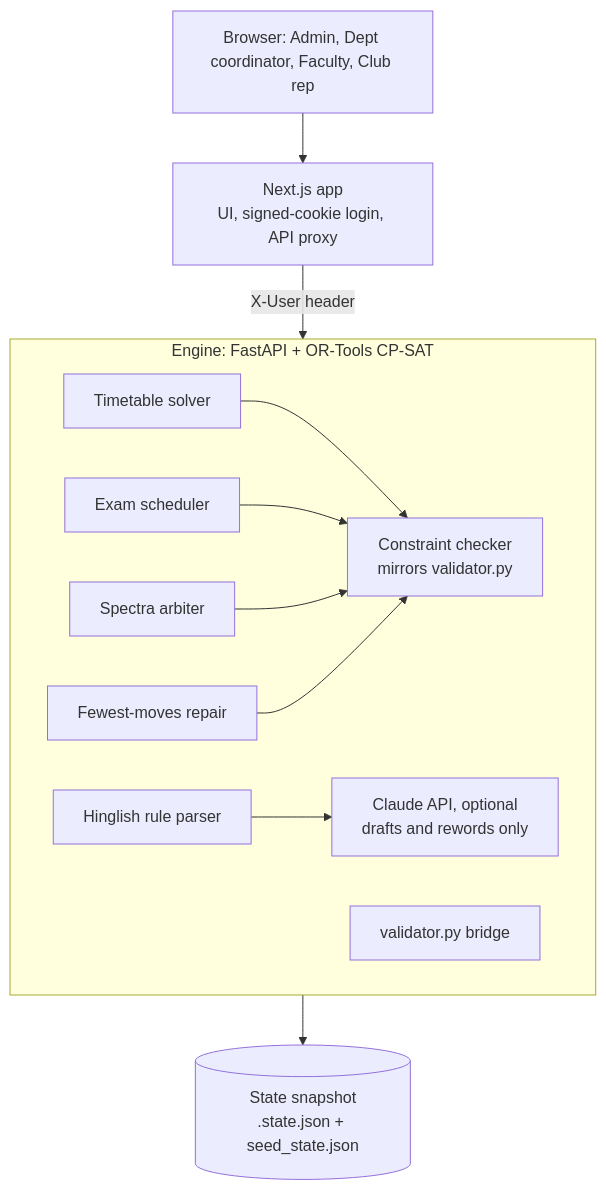
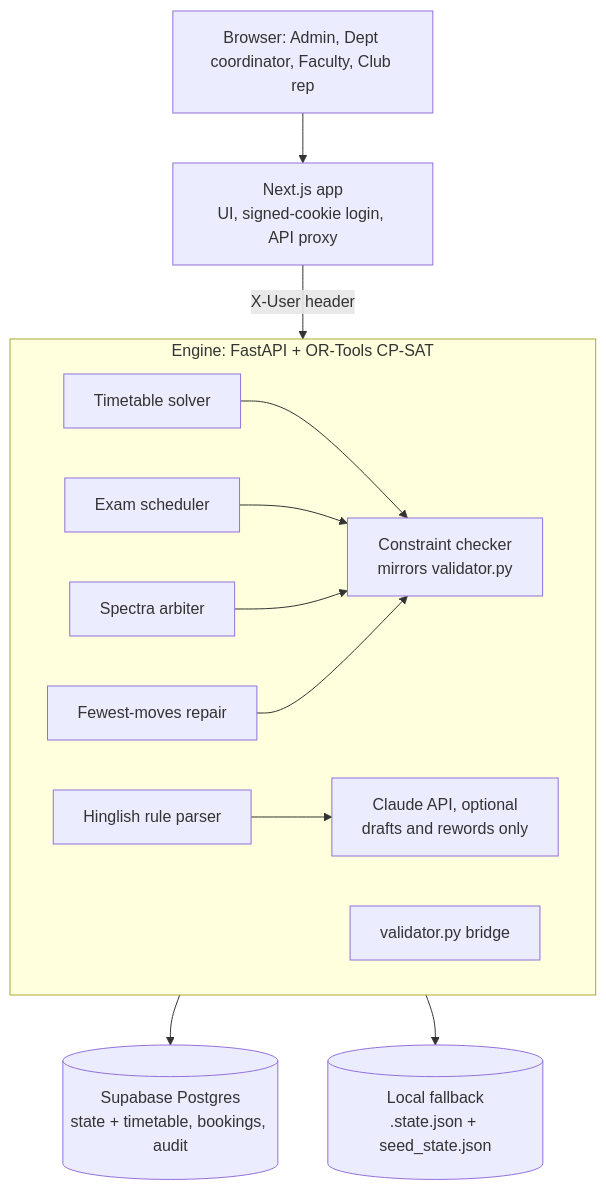
One commit to varshini-0506/CrunchWeek changed the diagram in README.md. Above: the diagram before and after it, drawn with Mermaid. The commit also changed other lines of this file and 83 other files, not shown here.

````diff
--- a/README.md
+++ b/README.md
@@ -25,15 +25,16 @@
 ```mermaid
 flowchart TD
     B[Browser: Admin, Dept coordinator, Faculty, Club rep] --> W[Next.js app<br/>UI, signed-cookie login, API proxy]
     W -->|X-User header| E
     subgraph E[Engine: FastAPI + OR-Tools CP-SAT]
         C[Constraint checker<br/>mirrors validator.py]
         S[Timetable solver] --> C
         X[Exam scheduler] --> C
         A[Spectra arbiter] --> C
         R[Fewest-moves repair] --> C
         N[Hinglish rule parser] --> L[Claude API, optional<br/>drafts and rewords only]
         V[validator.py bridge]
     end
-    E --> F[(State snapshot<br/>.state.json + seed_state.json)]
+    E --> F[(Supabase Postgres<br/>state + timetable, bookings, audit)]
+    E --> G[(Local fallback<br/>.state.json + seed_state.json)]
 ```
````
